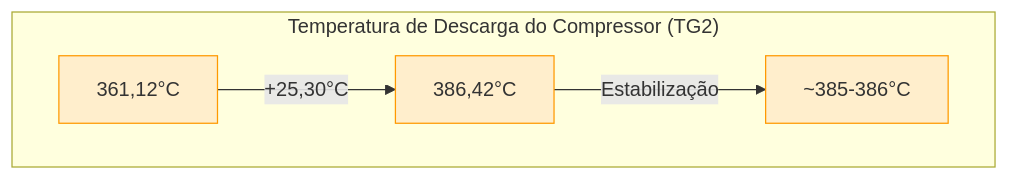
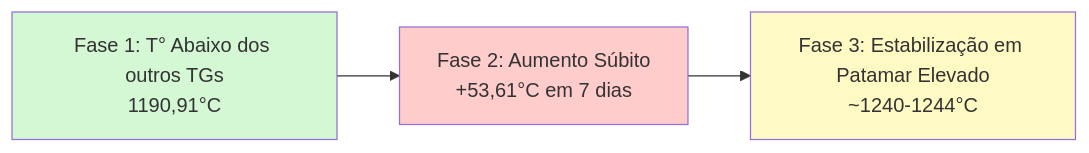
One commit to wonder-dmercadal/PublicReports changed the third of 11 diagrams in Frade_TG2_Analysis.md. Above: the diagram before and after it, drawn with Mermaid. The commit also changed other lines of this file, not shown here.

````diff
--- a/Frade_TG2_Analysis.md
+++ b/Frade_TG2_Analysis.md
@@ -166,10 +129,9 @@
 ```mermaid
-graph TD
-    subgraph "Temperatura de Descarga do Compressor (TG2)"
-    A[361,12°C] -->|+25,30°C| B[386,42°C]
-    B -->|Estabilização| C["~385-386°C"]
-    end
+graph LR
+    A[Fase 1: T° Abaixo dos outros TGs<br>1190,91°C] --> B[Fase 2: Aumento Súbito<br>+53,61°C em 7 dias]
+    B --> C[Fase 3: Estabilização em Patamar Elevado<br>~1240-1244°C]
     
-    classDef value fill:#ffeecc,stroke:#ff9900
-    class A,B,C value
+    style A fill:#d4f7d4
+    style B fill:#ffcccc
+    style C fill:#fff9c4
 ```
````
